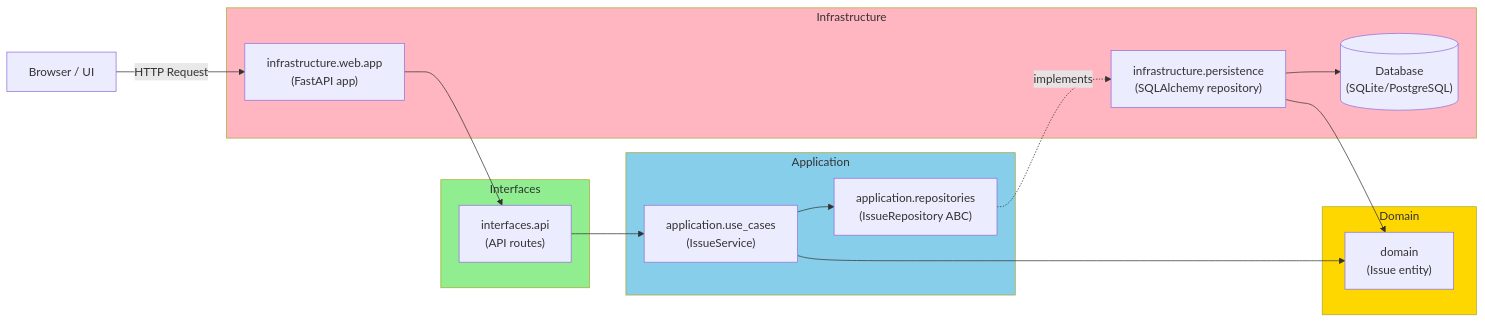
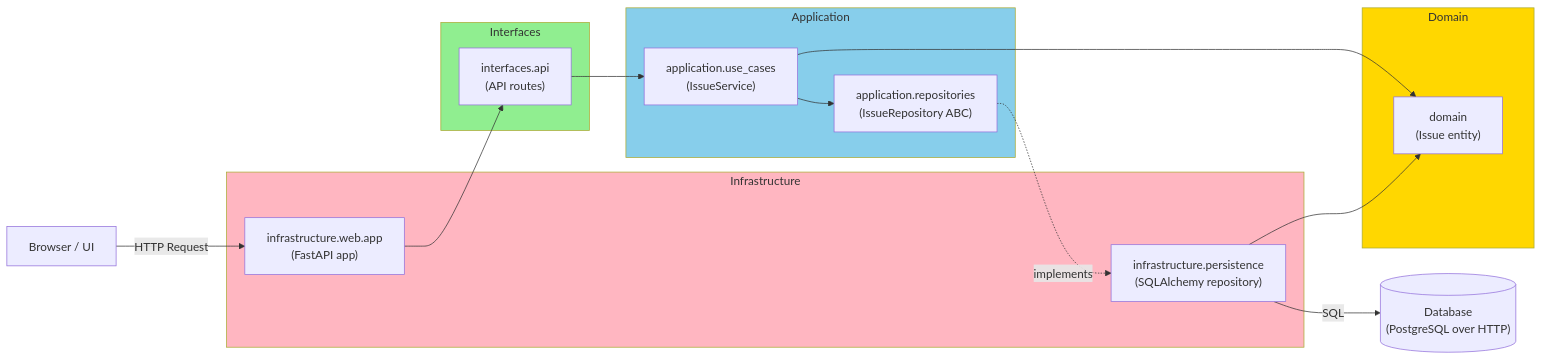
Before and after one commit to AIaSDev/issuecraft: the second of 2 diagrams in README.md, drawn with Mermaid. The commit also changed other lines of this file, not shown here.

Commit message:
Move Database outside Infrastructure layer as external component

````diff
--- a/README.md
+++ b/README.md
@@ -105,37 +105,37 @@
 ```mermaid
 graph LR
     Browser["Browser / UI"]
+    Database[("Database<br/>(PostgreSQL over HTTP)")]
     
     subgraph Infrastructure
         web["infrastructure.web.app<br/>(FastAPI app)"]
         persistence["infrastructure.persistence<br/>(SQLAlchemy repository)"]
-        db[("Database<br/>(SQLite/PostgreSQL)")]
     end
     
     subgraph Interfaces
         api["interfaces.api<br/>(API routes)"]
     end
     
     subgraph Application
         use_cases["application.use_cases<br/>(IssueService)"]
         repo_interface["application.repositories<br/>(IssueRepository ABC)"]
     end
     
     subgraph Domain
         entities["domain<br/>(Issue entity)"]
     end
     
     Browser -->|HTTP Request| web
     web --> api
     api --> use_cases
     use_cases --> repo_interface
     repo_interface -.->|implements| persistence
     use_cases --> entities
     persistence --> entities
-    persistence --> db
+    persistence -->|SQL| Database
     
     style Domain fill:#ffd700
     style Application fill:#87ceeb
     style Interfaces fill:#90ee90
     style Infrastructure fill:#ffb6c1
 ```
````
